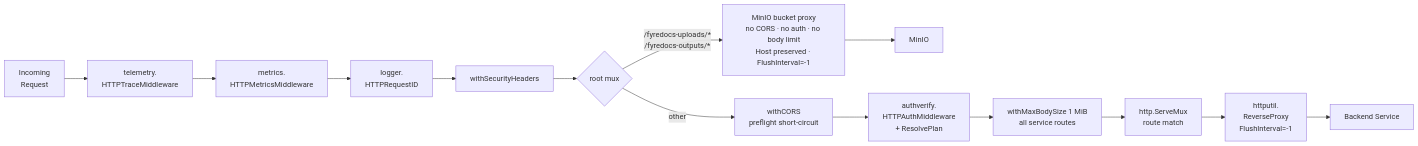
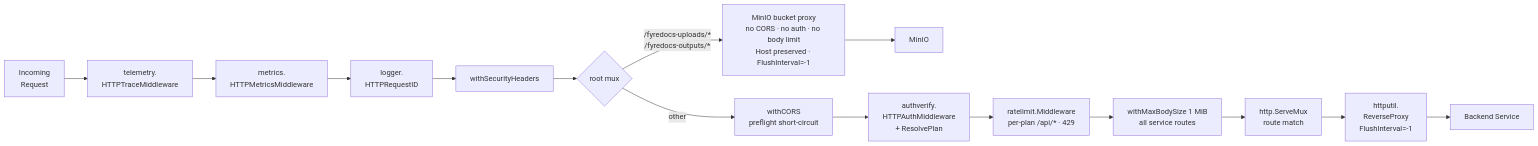
Before and after one commit to Prachidubey2003/fyredocs_backend: the second of 4 diagrams in docs/developer/mermaid/service-api-gateway-architecture.md, drawn with Mermaid. The commit also changed other lines of this file and 53 other files, not shown here.

````diff
--- a/docs/developer/mermaid/service-api-gateway-architecture.md
+++ b/docs/developer/mermaid/service-api-gateway-architecture.md
@@ -100,16 +101,17 @@
 ```mermaid
 flowchart LR
     A[Incoming<br/>Request] --> B[telemetry.<br/>HTTPTraceMiddleware]
     B --> C[metrics.<br/>HTTPMetricsMiddleware]
     C --> D[logger.<br/>HTTPRequestID]
     D --> E[withSecurityHeaders]
     E --> R{root mux}
     R -->|"/fyredocs-uploads/*<br/>/fyredocs-outputs/*"| M[MinIO bucket proxy<br/>no CORS · no auth · no body limit<br/>Host preserved · FlushInterval=-1]
     M --> S3[MinIO]
     R -->|other| F[withCORS<br/>preflight short-circuit]
     F --> G[authverify.<br/>HTTPAuthMiddleware<br/>+ ResolvePlan]
-    G --> H[withMaxBodySize 1 MiB<br/>all service routes]
+    G --> RL[ratelimit.Middleware<br/>per-plan /api/* · 429]
+    RL --> H[withMaxBodySize 1 MiB<br/>all service routes]
     H --> I[http.ServeMux<br/>route match]
     I --> J[httputil.<br/>ReverseProxy<br/>FlushInterval=-1]
     J --> K[Backend Service]
 ```
````
